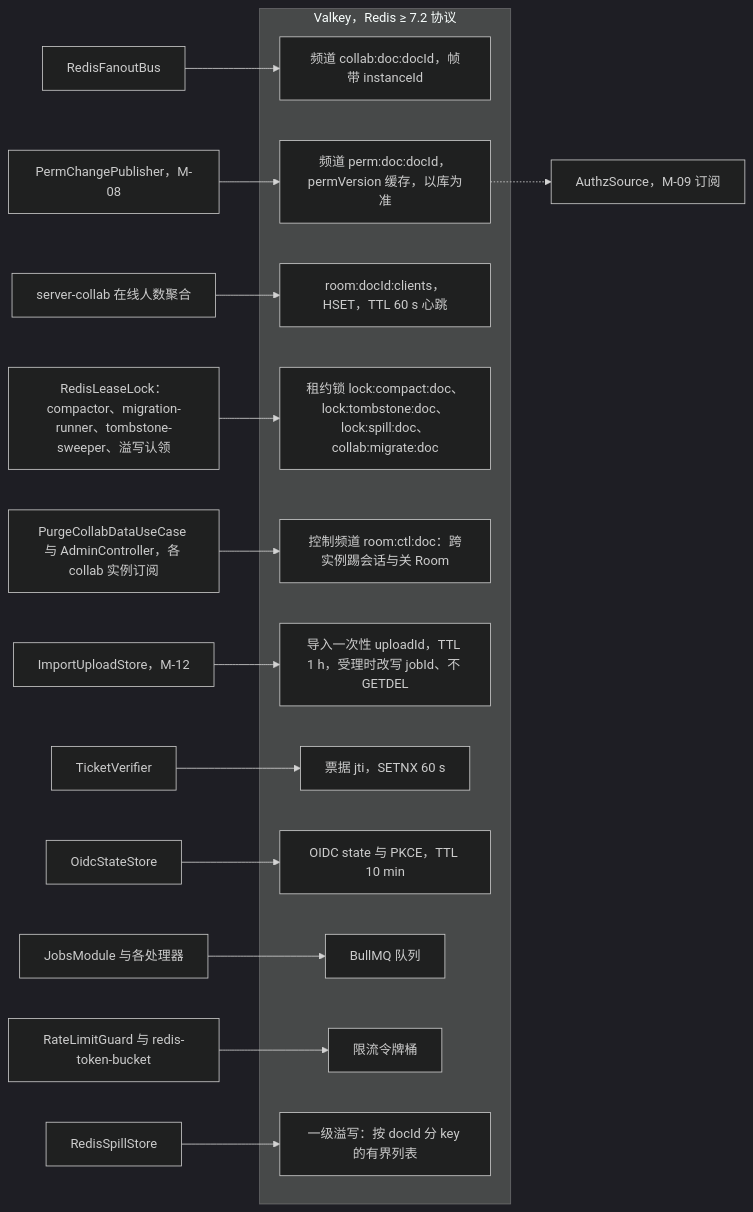
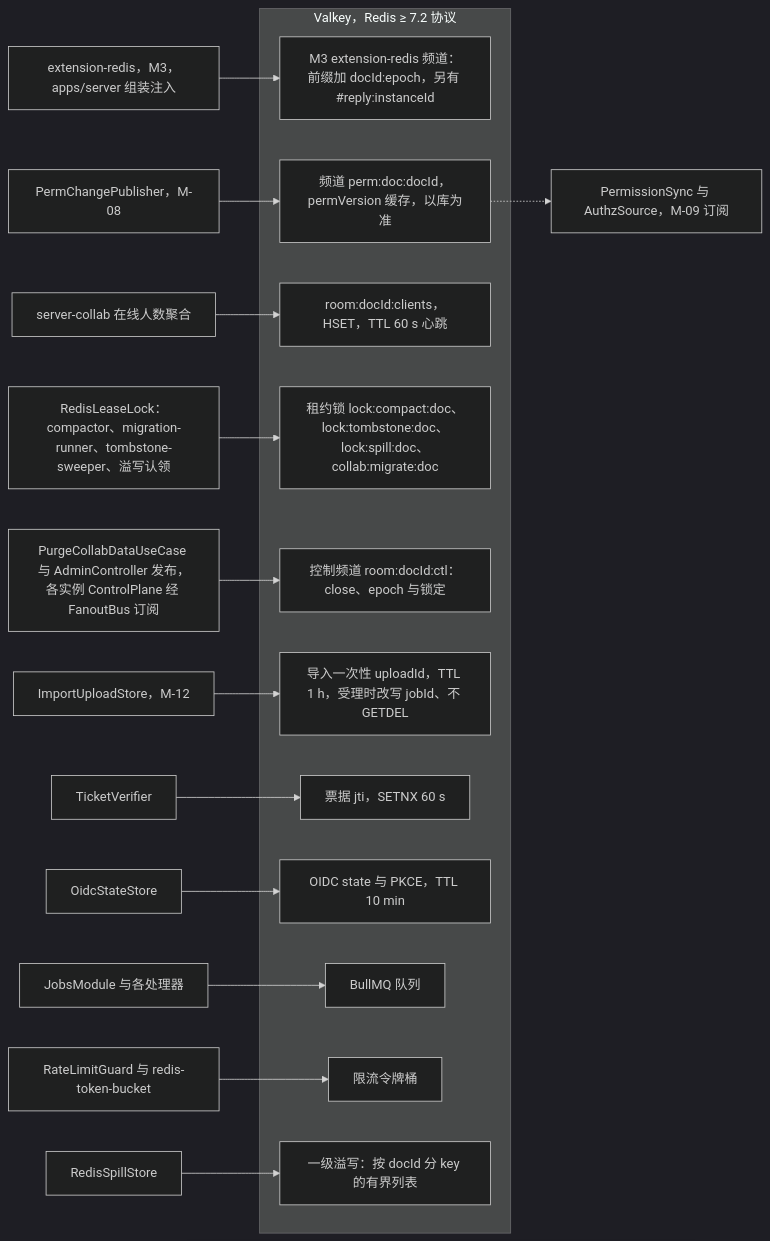
Before and after one commit to Xeonice/cordis-ppt-editor: diagram 21 of 46 in docs/40-modules/19-atlas-backend-and-data.md, drawn with Mermaid (dark theme). The commit also changed other lines of this file and 78 other files, not shown here.

````diff
--- a/docs/40-modules/19-atlas-backend-and-data.md
+++ b/docs/40-modules/19-atlas-backend-and-data.md
@@ -855,28 +861,28 @@
 ```mermaid
 flowchart LR
   subgraph vk["Valkey，Redis ≥ 7.2 协议"]
-    cDoc["频道 collab:doc:docId，帧带 instanceId"]
+    cDoc["M3 extension-redis 频道：前缀加 docId:epoch，另有 #reply:instanceId"]
     cPerm["频道 perm:doc:docId，permVersion 缓存，以库为准"]
     hClients["room:docId:clients，HSET，TTL 60 s 心跳"]
     lock["租约锁 lock:compact:doc、lock:tombstone:doc、lock:spill:doc、collab:migrate:doc"]
-    ctl["控制频道 room:ctl:doc：跨实例踢会话与关 Room"]
+    ctl["控制频道 room:docId:ctl：close、epoch 与锁定"]
     up["导入一次性 uploadId，TTL 1 h，受理时改写 jobId、不 GETDEL"]
     jti["票据 jti，SETNX 60 s"]
     oidc["OIDC state 与 PKCE，TTL 10 min"]
     bull["BullMQ 队列"]
     rate["限流令牌桶"]
     spill["一级溢写：按 docId 分 key 的有界列表"]
   end
-  fan["RedisFanoutBus"] --> cDoc
+  fan["extension-redis，M3，apps/server 组装注入"] --> cDoc
   pub["PermChangePublisher，M-08"] --> cPerm
-  cPerm -.-> authz["AuthzSource，M-09 订阅"]
+  cPerm -.-> authz["PermissionSync 与 AuthzSource，M-09 订阅"]
   rm["server-collab 在线人数聚合"] --> hClients
   lease["RedisLeaseLock：compactor、migration-runner、tombstone-sweeper、溢写认领"] --> lock
-  rc["PurgeCollabDataUseCase 与 AdminController，各 collab 实例订阅"] --> ctl
+  rc["PurgeCollabDataUseCase 与 AdminController 发布，各实例 ControlPlane 经 FanoutBus 订阅"] --> ctl
   ius["ImportUploadStore，M-12"] --> up
   tv["TicketVerifier"] --> jti
   ss["OidcStateStore"] --> oidc
   jobsM["JobsModule 与各处理器"] --> bull
   rl["RateLimitGuard 与 redis-token-bucket"] --> rate
   rsp["RedisSpillStore"] --> spill
 ```
````
